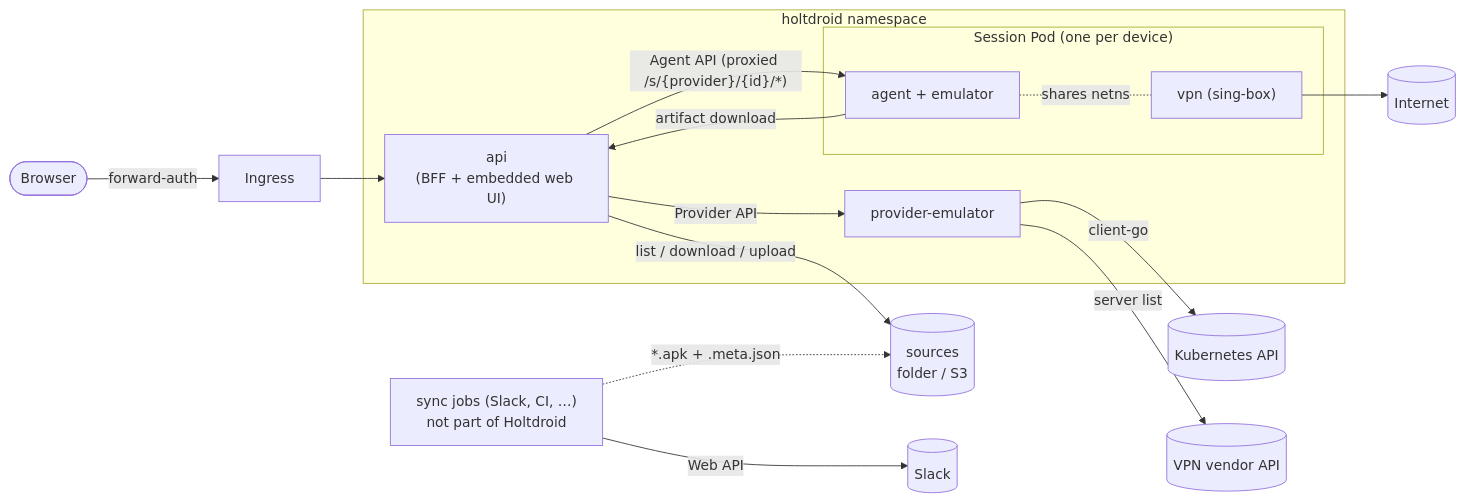
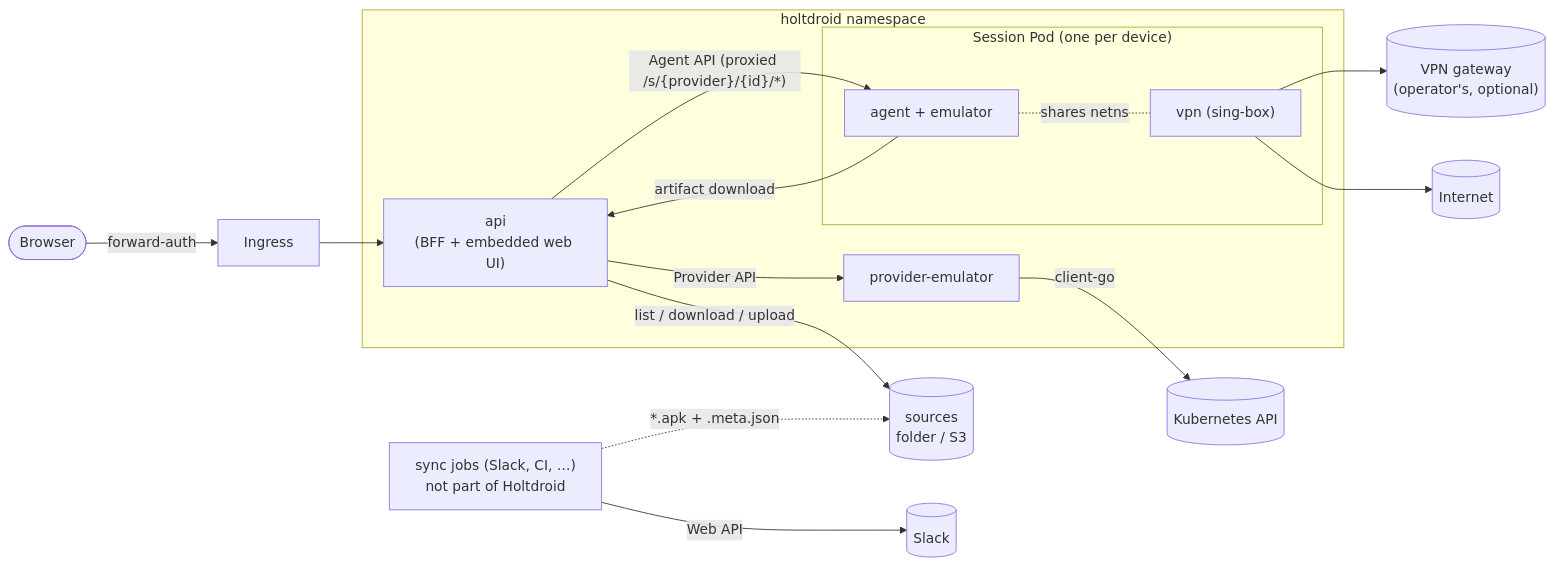
Before and after one commit to holtdroid/holtdroid: the first of 3 diagrams in design/architecture.md, drawn with Mermaid. The commit also changed other lines of this file and 17 other files, not shown here.

Commit message:
feat(vpn): sing-box sidecar config with locations as outbounds and a shared gateway guide

````diff
--- a/design/architecture.md
+++ b/design/architecture.md
@@ -28,25 +28,25 @@
 ```mermaid
 flowchart LR
   user([Browser]) -->|forward-auth| ingress[Ingress]
   ingress --> api
 
   subgraph holtdroid namespace
     api["api<br/>(BFF + embedded web UI)"]
     prov["provider-emulator"]
     subgraph session["Session Pod (one per device)"]
       agent["agent + emulator"]
       vpn["vpn (sing-box)"]
     end
   end
 
   api -- "list / download / upload" --> sources[("sources<br/>folder / S3")]
   sync["sync jobs (Slack, CI, …)<br/>not part of Holtdroid"] -. "*.apk + .meta.json" .-> sources
   api -- Provider API --> prov
   api -- "Agent API (proxied /s/{provider}/{id}/*)" --> agent
   sync -->|Web API| slack[(Slack)]
   prov -->|client-go| k8s[(Kubernetes API)]
-  prov -->|server list| nord[(VPN vendor API)]
   agent -->|artifact download| api
   agent -. shares netns .- vpn
+  vpn --> gw[("VPN gateway<br/>(operator's, optional)")]
   vpn --> internet[(Internet)]
 ```
````
